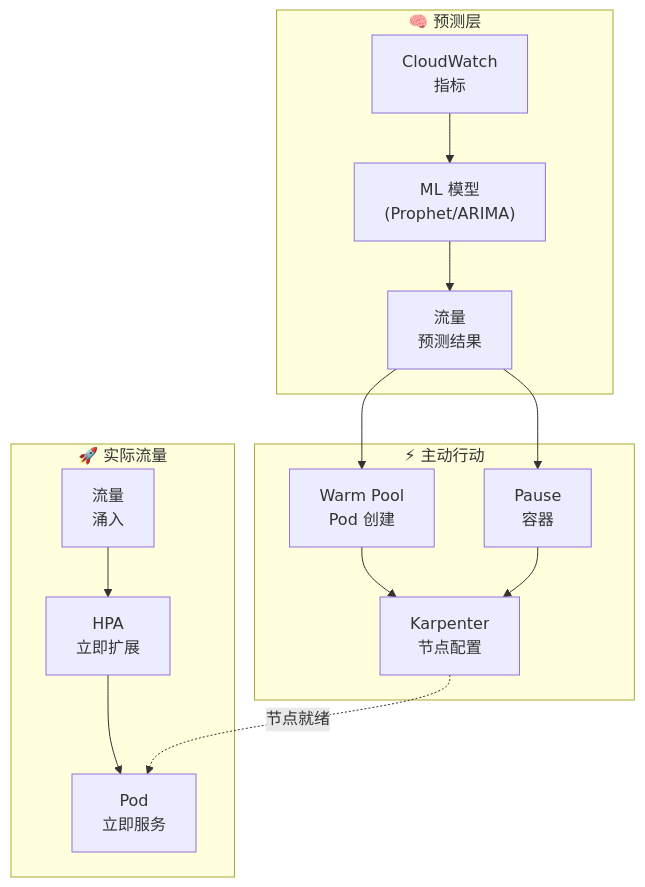
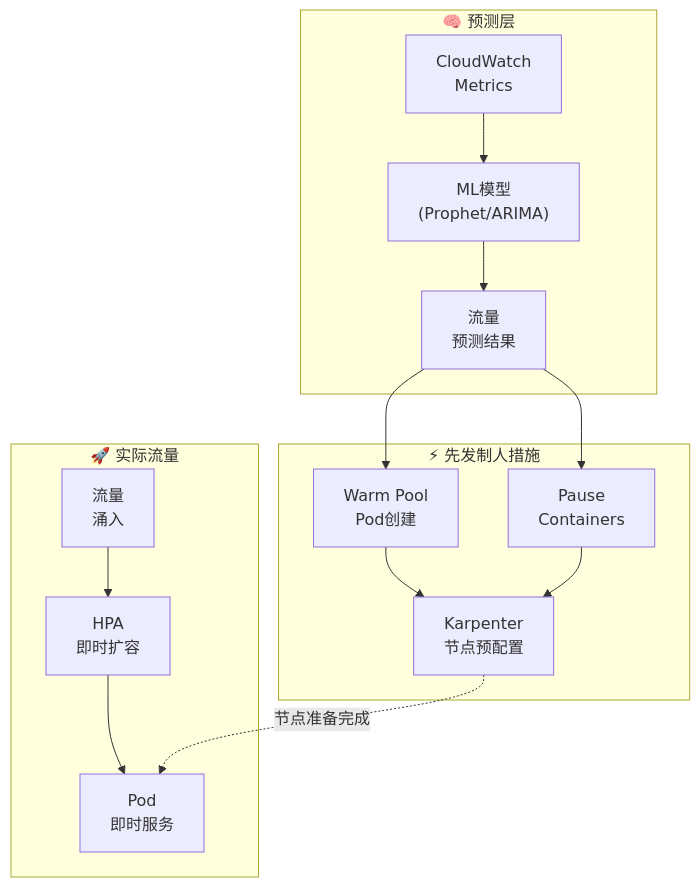
One commit to devfloor9/engineering-playbook changed the second of 7 diagrams in i18n/zh/docusaurus-plugin-content-docs/current/aiops-aidlc/aiops-predictive-operations.md. Above: the diagram before and after it, drawn with Mermaid. The commit also changed other lines of this file and 43 other files, not shown here.

````diff
--- a/i18n/zh/docusaurus-plugin-content-docs/current/aiops-aidlc/aiops-predictive-operations.md
+++ b/i18n/zh/docusaurus-plugin-content-docs/current/aiops-aidlc/aiops-predictive-operations.md
@@ -250,26 +651,26 @@
 ```mermaid
 graph TD
     subgraph Prediction["🧠 预测层"]
-        CW_M["CloudWatch<br/>指标"]
-        ML["ML 模型<br/>(Prophet/ARIMA)"]
+        CW_M["CloudWatch<br/>Metrics"]
+        ML["ML模型<br/>(Prophet/ARIMA)"]
         PRED["流量<br/>预测结果"]
     end
 
-    subgraph Preemptive["⚡ 主动行动"]
-        WARM["Warm Pool<br/>Pod 创建"]
-        PAUSE["Pause<br/>容器"]
-        KARP["Karpenter<br/>节点配置"]
+    subgraph Preemptive["⚡ 先发制人措施"]
+        WARM["Warm Pool<br/>Pod创建"]
+        PAUSE["Pause<br/>Containers"]
+        KARP["Karpenter<br/>节点预配置"]
     end
 
     subgraph Runtime["🚀 实际流量"]
         TRAFFIC["流量<br/>涌入"]
-        HPA2["HPA<br/>立即扩展"]
-        READY["Pod<br/>立即服务"]
+        HPA2["HPA<br/>即时扩容"]
+        READY["Pod<br/>即时服务"]
     end
 
     CW_M --> ML --> PRED
     PRED --> WARM --> KARP
     PRED --> PAUSE --> KARP
     TRAFFIC --> HPA2 --> READY
-    KARP -.->|节点就绪| READY
+    KARP -.->|节点准备完成| READY
 ```
````
